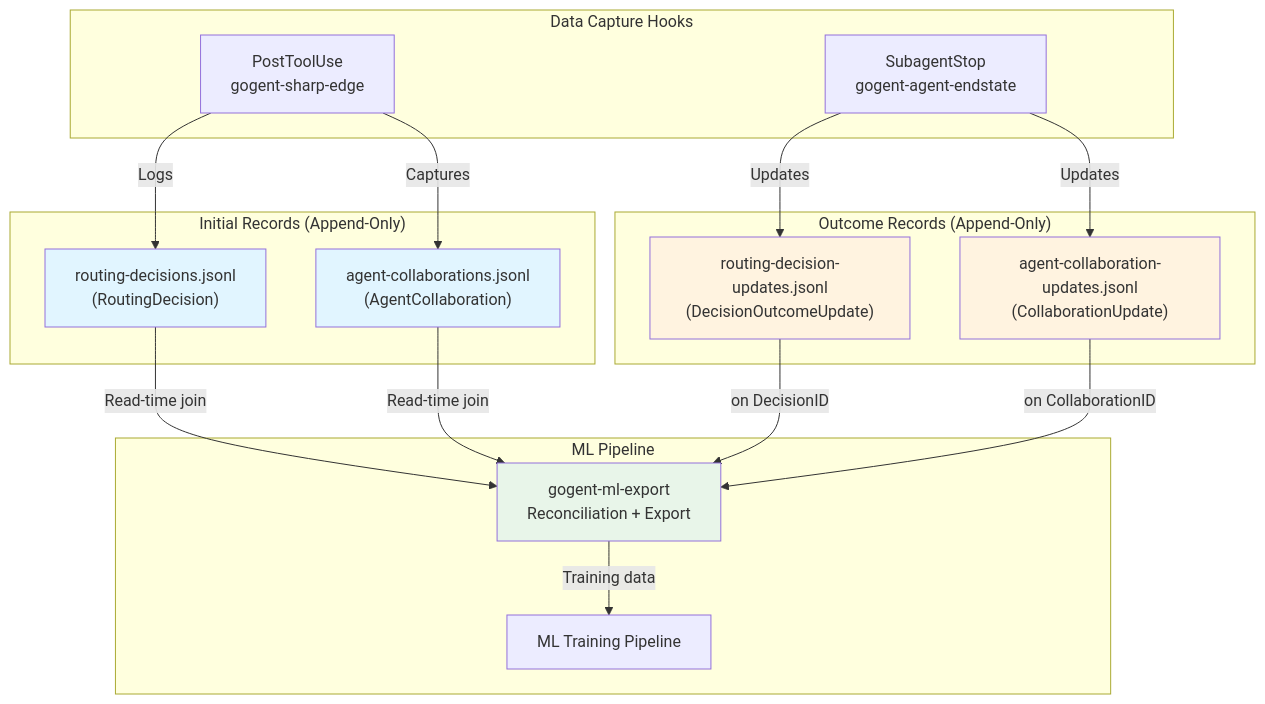
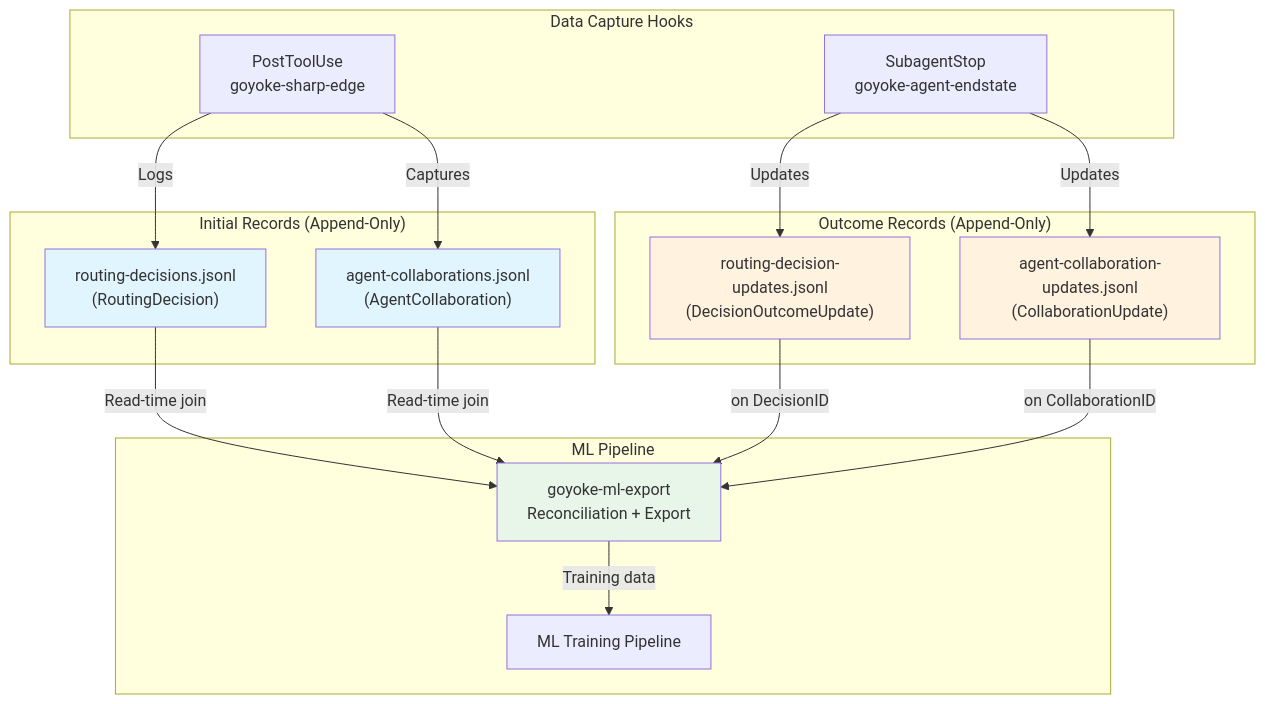
One commit to Bucket-Chemist/goYoke changed the third of 6 diagrams in docs/systems-architecture-overview.md. Above: the diagram before and after it, drawn with Mermaid. The commit also changed other lines of this file and 90 other files, not shown here.

````diff
--- a/docs/systems-architecture-overview.md
+++ b/docs/systems-architecture-overview.md
@@ -369,41 +369,41 @@
 ```mermaid
 graph TD
     subgraph "Data Capture Hooks"
-        PostToolUse[PostToolUse<br/>gogent-sharp-edge]
-        SubagentStop[SubagentStop<br/>gogent-agent-endstate]
+        PostToolUse[PostToolUse<br/>goyoke-sharp-edge]
+        SubagentStop[SubagentStop<br/>goyoke-agent-endstate]
     end
 
     subgraph "Initial Records (Append-Only)"
         RoutingDec["routing-decisions.jsonl<br/>(RoutingDecision)"]
         AgentCollab["agent-collaborations.jsonl<br/>(AgentCollaboration)"]
     end
 
     subgraph "Outcome Records (Append-Only)"
         RoutingUpd["routing-decision-updates.jsonl<br/>(DecisionOutcomeUpdate)"]
         CollabUpd["agent-collaboration-updates.jsonl<br/>(CollaborationUpdate)"]
     end
 
     subgraph "ML Pipeline"
-        MLExport["gogent-ml-export<br/>Reconciliation + Export"]
+        MLExport["goyoke-ml-export<br/>Reconciliation + Export"]
         Training["ML Training Pipeline"]
     end
 
     PostToolUse -->|Logs| RoutingDec
     PostToolUse -->|Captures| AgentCollab
 
     SubagentStop -->|Updates| RoutingUpd
     SubagentStop -->|Updates| CollabUpd
 
     RoutingDec -->|Read-time join| MLExport
     RoutingUpd -->|on DecisionID| MLExport
     AgentCollab -->|Read-time join| MLExport
     CollabUpd -->|on CollaborationID| MLExport
 
     MLExport -->|Training data| Training
 
     style RoutingDec fill:#e1f5ff
     style AgentCollab fill:#e1f5ff
     style RoutingUpd fill:#fff3e0
     style CollabUpd fill:#fff3e0
     style MLExport fill:#e8f5e9
 ```
````
